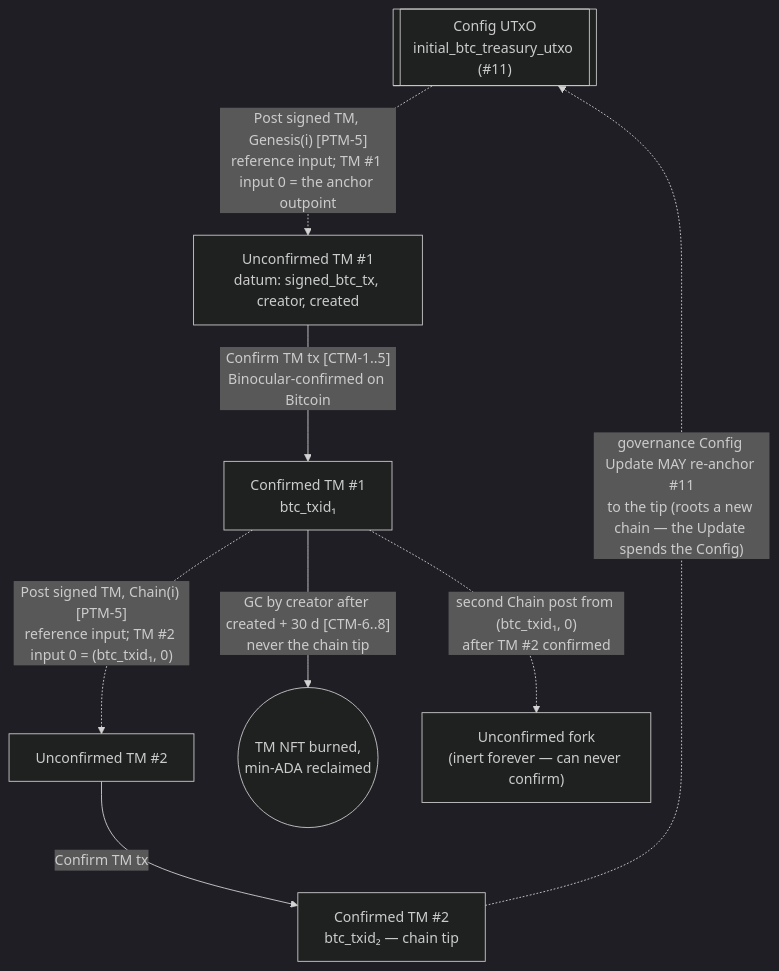
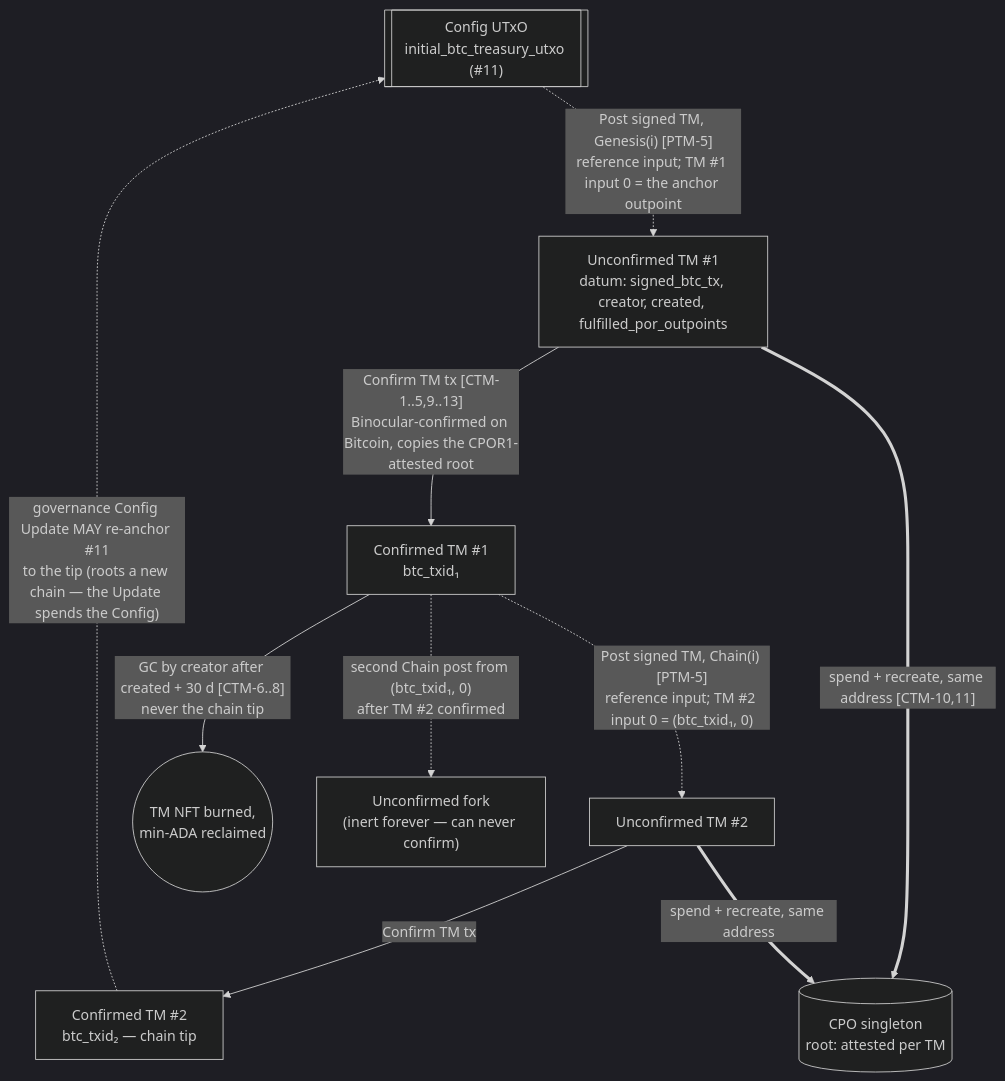
Diagram 14 of 20 in documentation/technical_documentation.md (rssh/ft-bifrost-bridge), drawn with Mermaid (dark theme) before and after one commit. The commit also changed other lines of this file and 1 other file, not shown here.

````diff
--- a/documentation/technical_documentation.md
+++ b/documentation/technical_documentation.md
@@ -1786,18 +1864,21 @@
 ```mermaid
 flowchart TD
   cfg[["Config UTxO<br/>initial_btc_treasury_utxo (#11)"]]
-  u1["Unconfirmed TM #1<br/>datum: signed_btc_tx, creator, created"]
+  u1["Unconfirmed TM #1<br/>datum: signed_btc_tx, creator, created, fulfilled_por_outpoints"]
   c1["Confirmed TM #1<br/>btc_txid₁"]
   u2["Unconfirmed TM #2"]
   c2["Confirmed TM #2<br/>btc_txid₂ — chain tip"]
   gc(("TM NFT burned,<br/>min-ADA reclaimed"))
   stale["Unconfirmed fork<br/>(inert forever — can never confirm)"]
+  cpo[("CPO singleton<br/>root: attested per TM")]
 
   cfg -. "Post signed TM, Genesis(i) [PTM-5]<br/>reference input; TM #1 input 0 = the anchor outpoint" .-> u1
-  u1 -- "Confirm TM tx [CTM-1..5]<br/>Binocular-confirmed on Bitcoin" --> c1
+  u1 -- "Confirm TM tx [CTM-1..5,9..13]<br/>Binocular-confirmed on Bitcoin, copies the CPOR1-attested root" --> c1
   c1 -. "Post signed TM, Chain(i) [PTM-5]<br/>reference input; TM #2 input 0 = (btc_txid₁, 0)" .-> u2
   u2 -- "Confirm TM tx" --> c2
   c1 -- "GC by creator after created + 30 d [CTM-6..8]<br/>never the chain tip" --> gc
   c1 -. "second Chain post from (btc_txid₁, 0)<br/>after TM #2 confirmed" .-> stale
   c2 -. "governance Config Update MAY re-anchor #11<br/>to the tip (roots a new chain — the Update spends the Config)" .-> cfg
+  u1 == "spend + recreate, same address [CTM-10,11]" ==> cpo
+  u2 == "spend + recreate, same address" ==> cpo
 ```
````
